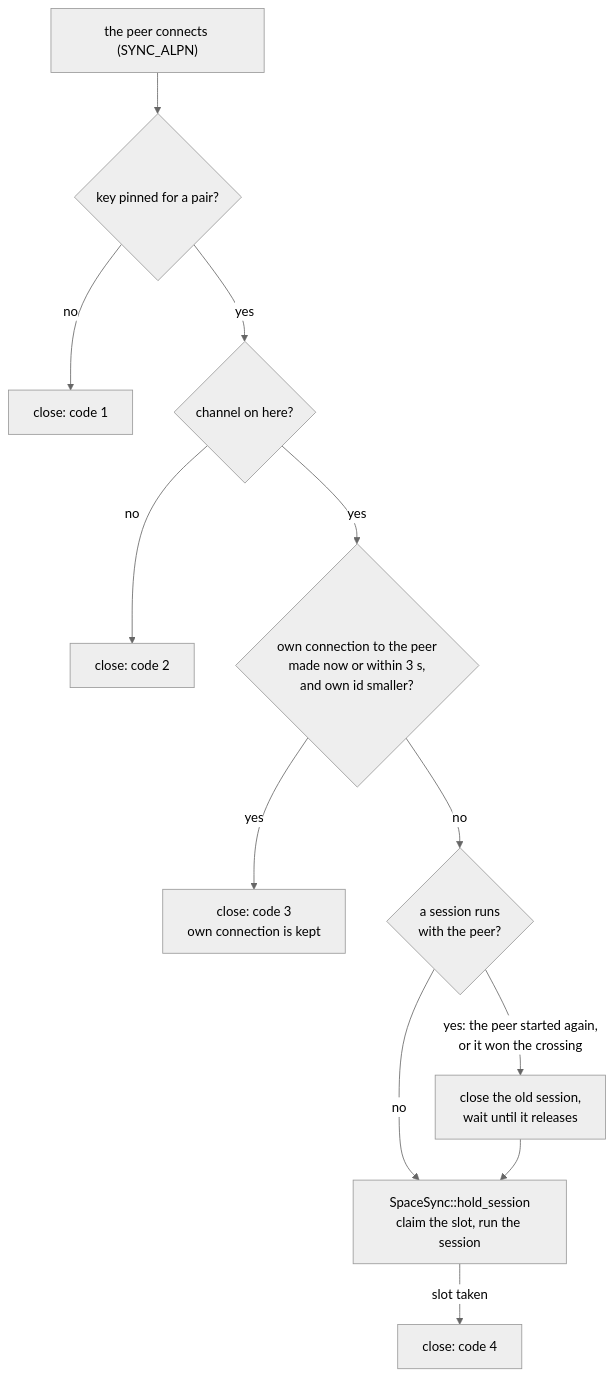
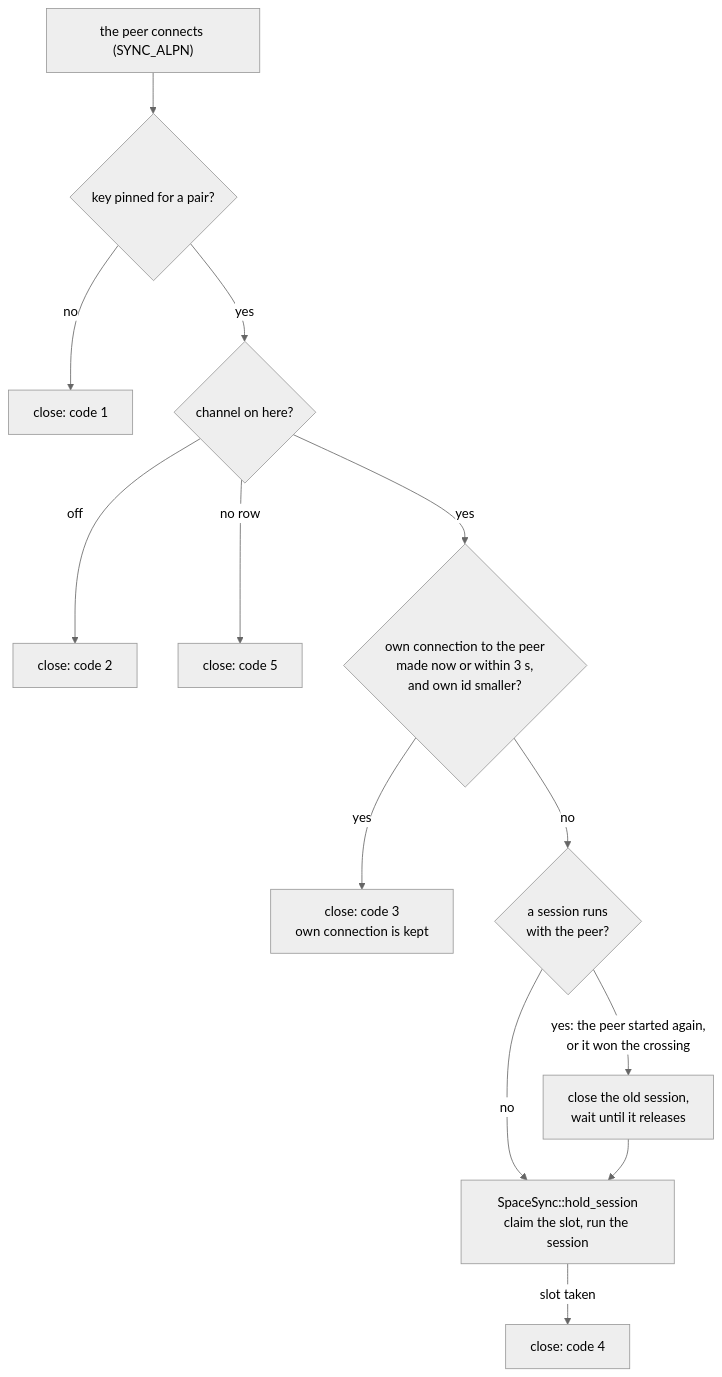
Before and after one commit to VRuzhentsov/fini: the second of 2 diagrams in docs/architecture/communication.md, drawn with Mermaid (neutral theme). The commit also changed other lines of this file and 14 other files, not shown here.

````diff
--- a/docs/architecture/communication.md
+++ b/docs/architecture/communication.md
@@ -121,14 +163,15 @@
 ```mermaid
 flowchart TD
     IN["the peer connects (SYNC_ALPN)"] --> KEY{"key pinned for a pair?"}
     KEY -- no --> R1["close: code 1"]
     KEY -- yes --> ON{"channel on here?"}
-    ON -- no --> R2["close: code 2"]
+    ON -- "off" --> R2["close: code 2"]
+    ON -- "no row" --> R5["close: code 5"]
     ON -- yes --> MINE{"own connection to the peer<br/>made now or within 3 s,<br/>and own id smaller?"}
     MINE -- yes --> R3["close: code 3<br/>own connection is kept"]
     MINE -- no --> OLD{"a session runs<br/>with the peer?"}
     OLD -- "yes: the peer started again,<br/>or it won the crossing" --> REP["close the old session,<br/>wait until it releases"]
     OLD -- no --> HOLD
     REP --> HOLD["SpaceSync::hold_session<br/>claim the slot, run the session"]
     HOLD -- "slot taken" --> R4["close: code 4"]
 ```
````
